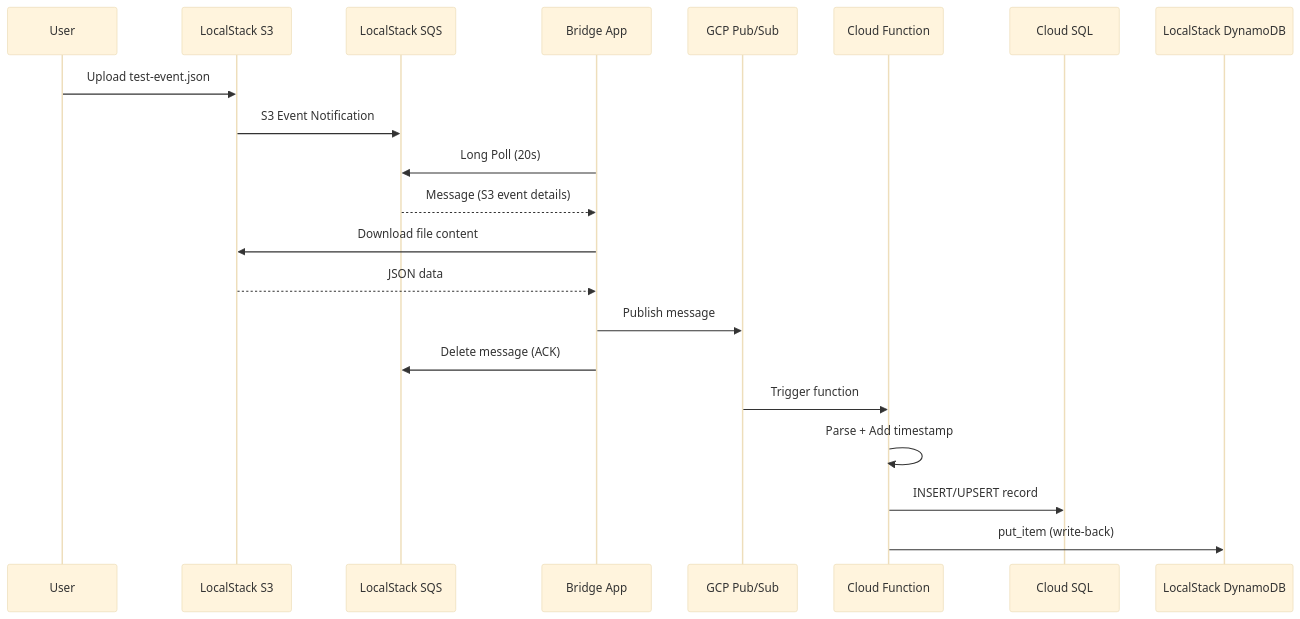
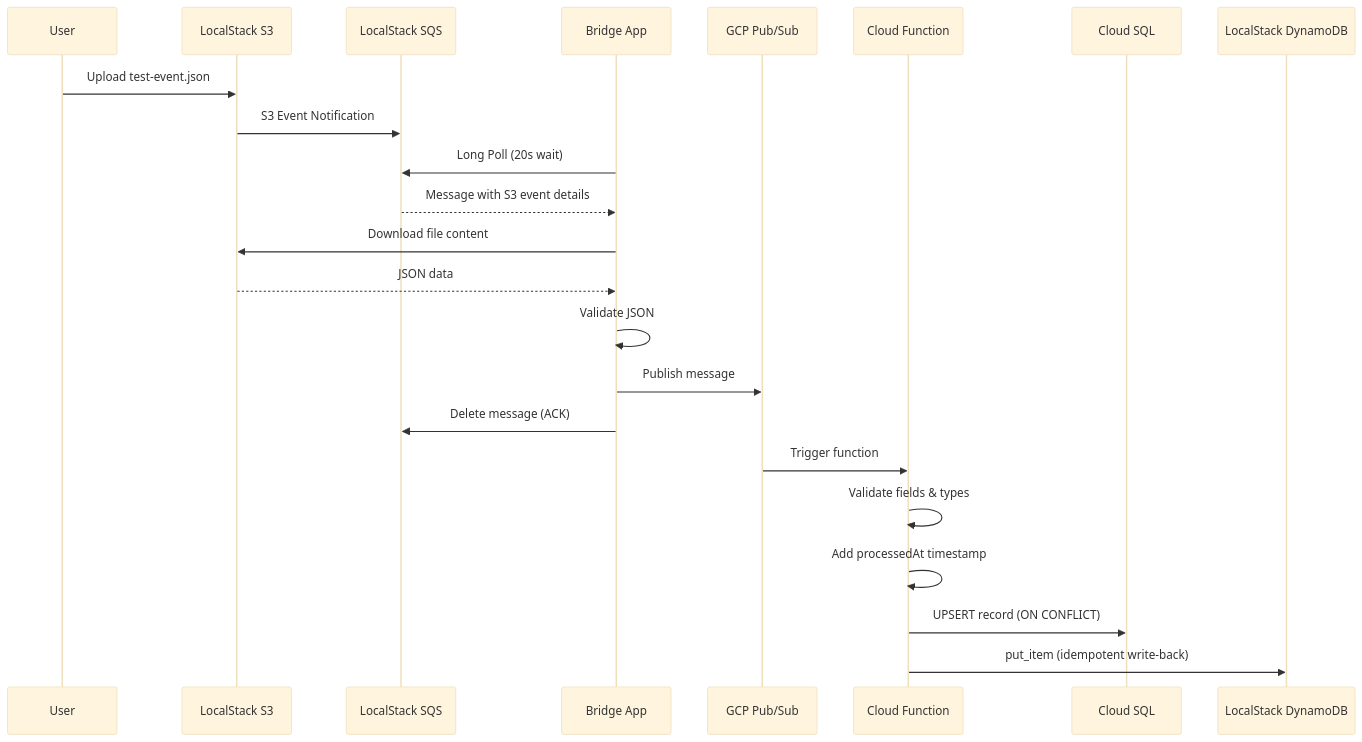
The diagram in README.md (raghavendra2006/Hybrid-Cloud-Data-Pipeline-with-LocalStack-and-GCP), drawn with Mermaid (base theme) before and after one commit. The commit also changed other lines of this file and 2 other files, not shown here.

````diff
--- a/README.md
+++ b/README.md
@@ -109,24 +112,26 @@
 ```mermaid
 sequenceDiagram
     participant User
     participant S3 as LocalStack S3
     participant SQS as LocalStack SQS
     participant Bridge as Bridge App
     participant PubSub as GCP Pub/Sub
     participant CF as Cloud Function
     participant SQL as Cloud SQL
     participant DDB as LocalStack DynamoDB
 
     User->>S3: Upload test-event.json
     S3->>SQS: S3 Event Notification
-    Bridge->>SQS: Long Poll (20s)
-    SQS-->>Bridge: Message (S3 event details)
+    Bridge->>SQS: Long Poll (20s wait)
+    SQS-->>Bridge: Message with S3 event details
     Bridge->>S3: Download file content
     S3-->>Bridge: JSON data
+    Bridge->>Bridge: Validate JSON
     Bridge->>PubSub: Publish message
     Bridge->>SQS: Delete message (ACK)
     PubSub->>CF: Trigger function
-    CF->>CF: Parse + Add timestamp
-    CF->>SQL: INSERT/UPSERT record
-    CF->>DDB: put_item (write-back)
+    CF->>CF: Validate fields & types
+    CF->>CF: Add processedAt timestamp
+    CF->>SQL: UPSERT record (ON CONFLICT)
+    CF->>DDB: put_item (idempotent write-back)
 ```
````
